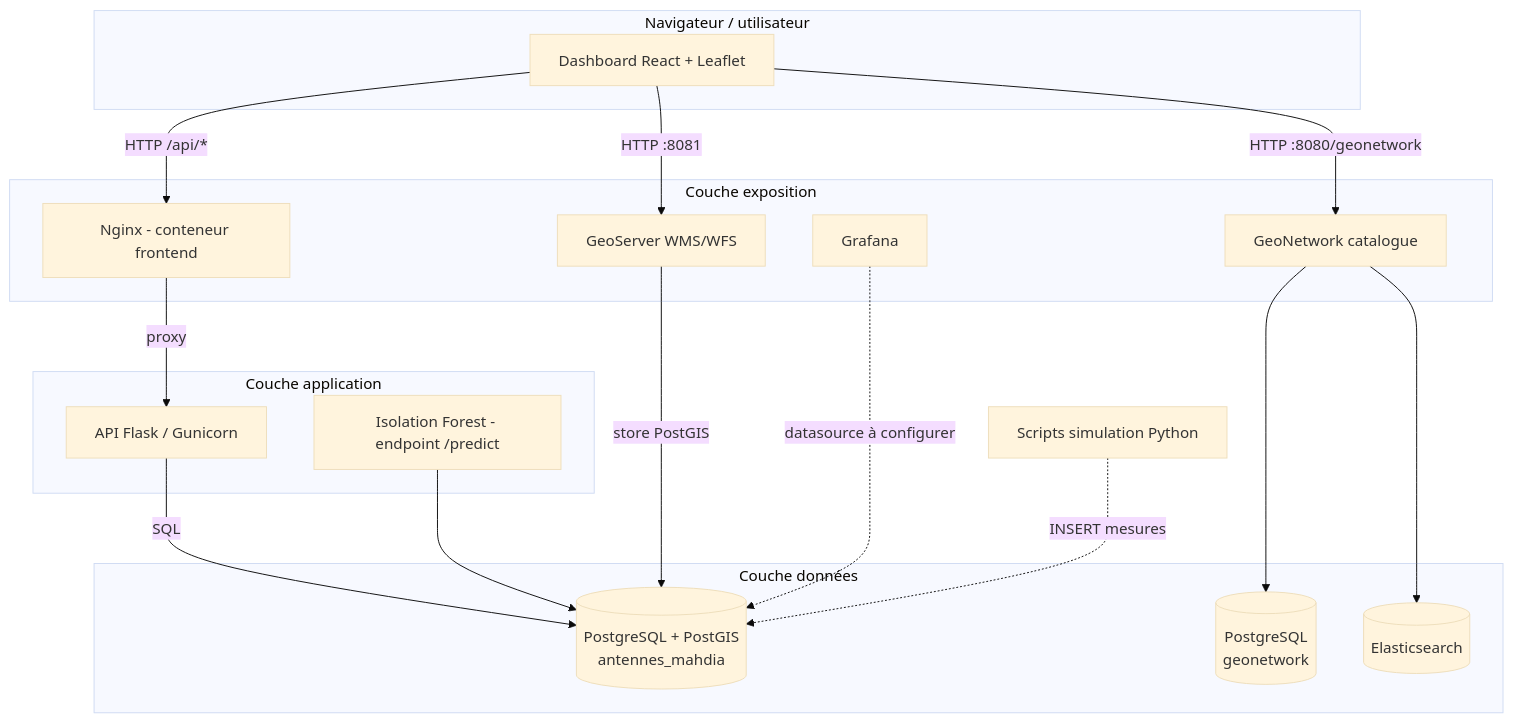
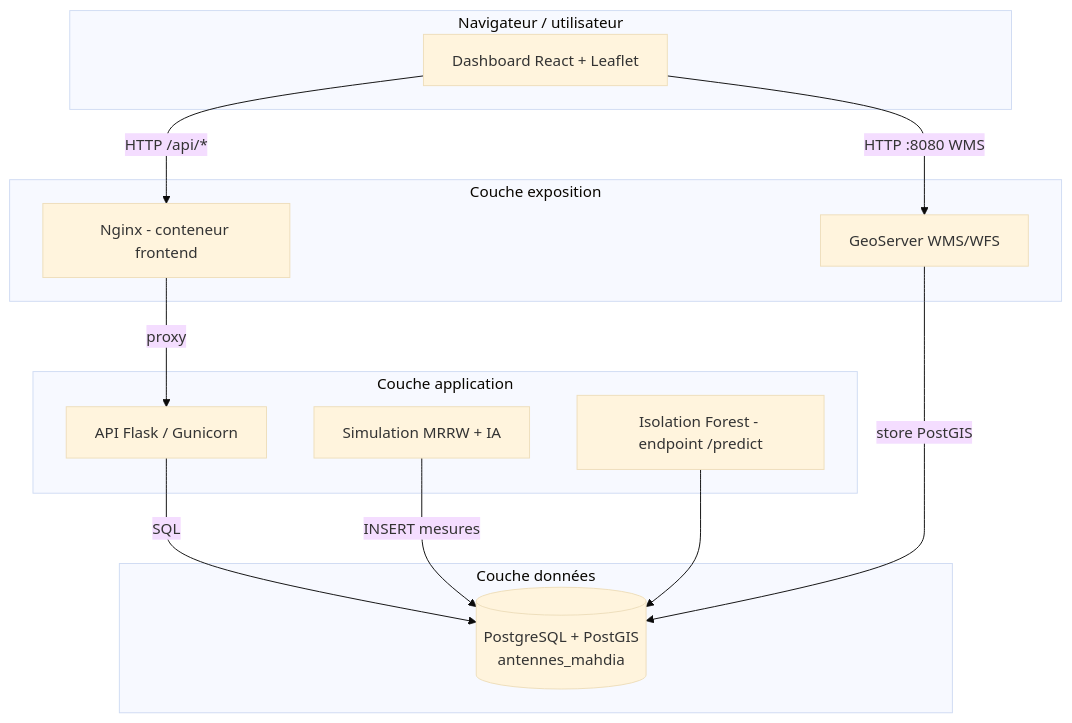
The first of 3 diagrams in docs (1)/architecture_rapport_PFE (1).md (malek-24/geo-telecom-noc), drawn with Mermaid (base theme) before and after one commit. The commit also changed other lines of this file and 102 other files, not shown here.

````diff
--- a/docs (1)/architecture_rapport_PFE (1).md
+++ b/docs (1)/architecture_rapport_PFE (1).md
@@ -25,38 +12,30 @@
 ```mermaid
 flowchart TB
   subgraph clients["Navigateur / utilisateur"]
     UI[Dashboard React + Leaflet]
   end
 
   subgraph edge["Couche exposition"]
     NGX[Nginx - conteneur frontend]
     GS[GeoServer WMS/WFS]
-    GN[GeoNetwork catalogue]
-    GF[Grafana]
   end
 
   subgraph app["Couche application"]
     API[API Flask / Gunicorn]
+    SIM[Simulation MRRW + IA]
     ML[Isolation Forest - endpoint /predict]
   end
 
   subgraph data["Couche données"]
     PG[(PostgreSQL + PostGIS\nantennes_mahdia)]
-    GNPG[(PostgreSQL\ngeonetwork)]
-    ES[(Elasticsearch)]
   end
 
   UI -->|HTTP /api/*| NGX
   NGX -->|proxy| API
-  UI -->|HTTP :8081| GS
-  UI -->|HTTP :8080/geonetwork| GN
+  UI -->|HTTP :8080 WMS| GS
 
   API -->|SQL| PG
+  SIM -->|INSERT mesures| PG
   ML --> PG
   GS -->|store PostGIS| PG
-  GN --> GNPG
-  GN --> ES
-  GF -.->|datasource à configurer| PG
-
-  SIM[Scripts simulation Python] -.->|INSERT mesures| PG
 ```
````
